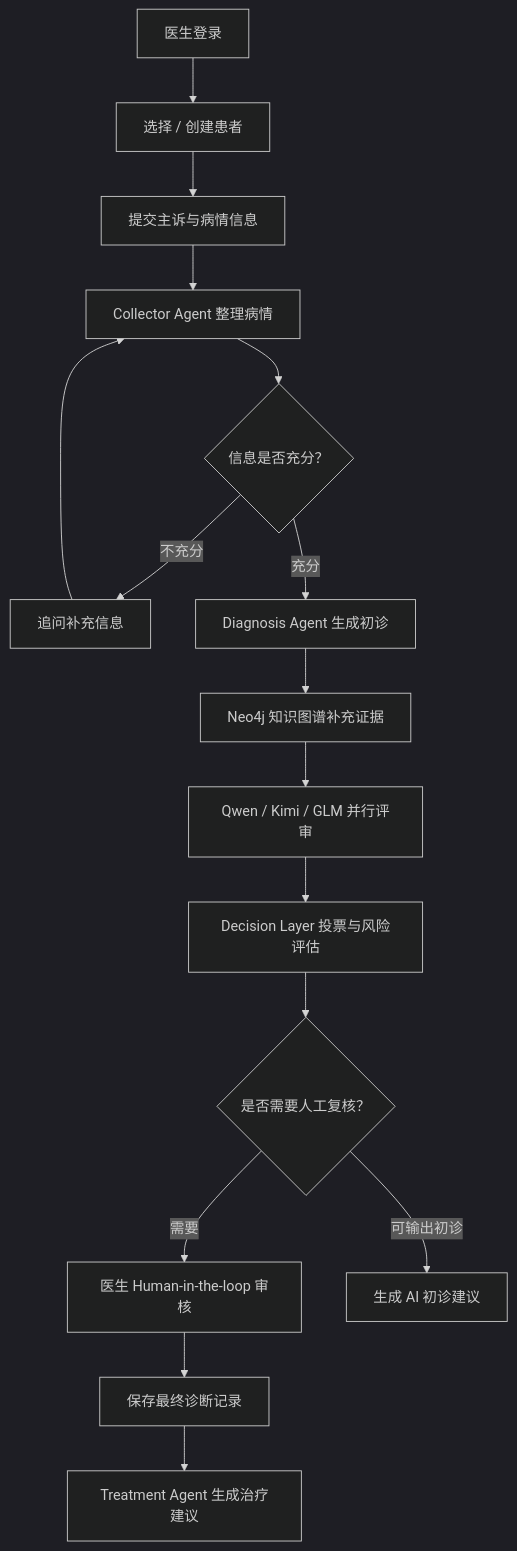
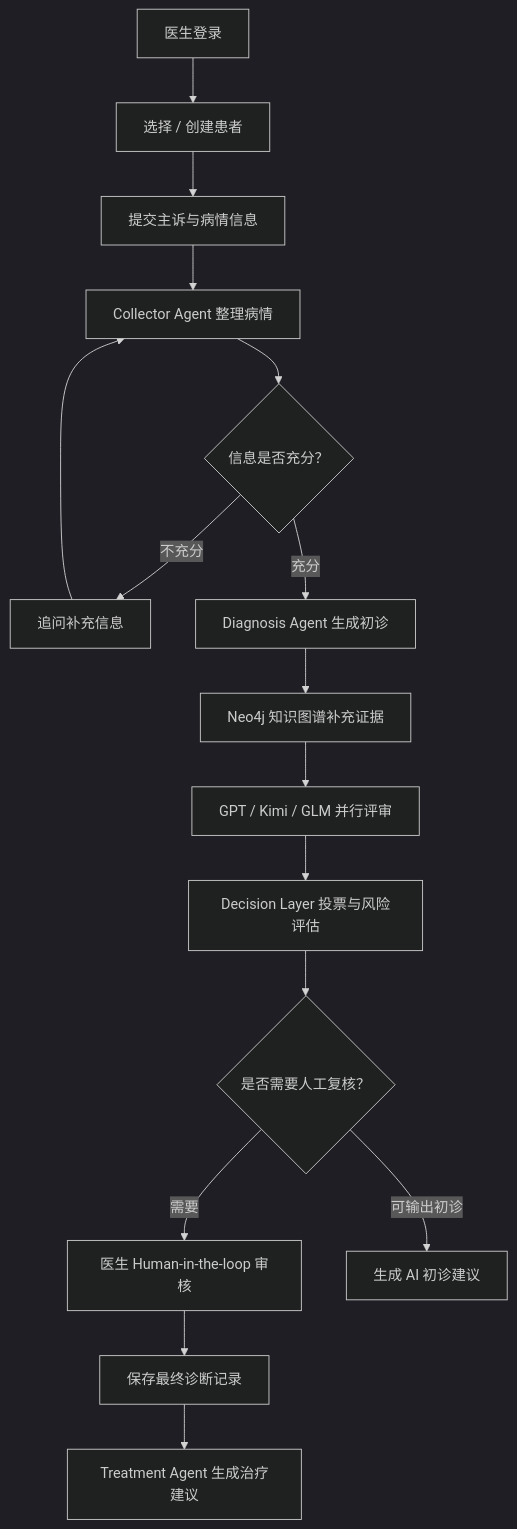
The second of 2 diagrams in README.md (LoftyTao0622/MedConsensus), drawn with Mermaid (dark theme) before and after one commit. The commit also changed other lines of this file, not shown here.

````diff
--- a/README.md
+++ b/README.md
@@ -84,18 +84,18 @@
 ```mermaid
 flowchart TD
     A["医生登录"] --> B["选择 / 创建患者"]
     B --> C["提交主诉与病情信息"]
     C --> D["Collector Agent 整理病情"]
     D --> E{"信息是否充分？"}
     E -- "不充分" --> F["追问补充信息"]
     F --> D
     E -- "充分" --> G["Diagnosis Agent 生成初诊"]
     G --> H["Neo4j 知识图谱补充证据"]
-    H --> I["Qwen / Kimi / GLM 并行评审"]
+    H --> I["GPT / Kimi / GLM 并行评审"]
     I --> J["Decision Layer 投票与风险评估"]
     J --> K{"是否需要人工复核？"}
     K -- "需要" --> L["医生 Human-in-the-loop 审核"]
     K -- "可输出初诊" --> M["生成 AI 初诊建议"]
     L --> N["保存最终诊断记录"]
     N --> O["Treatment Agent 生成治疗建议"]
 ```
````
